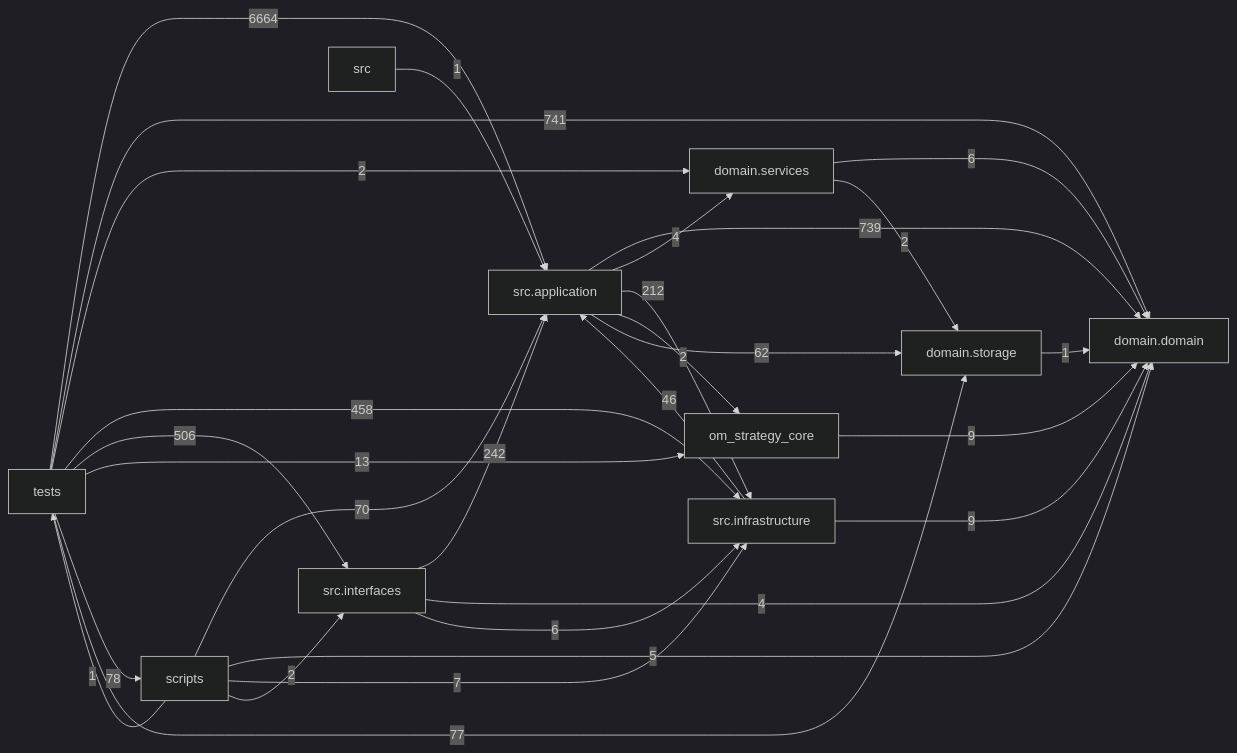
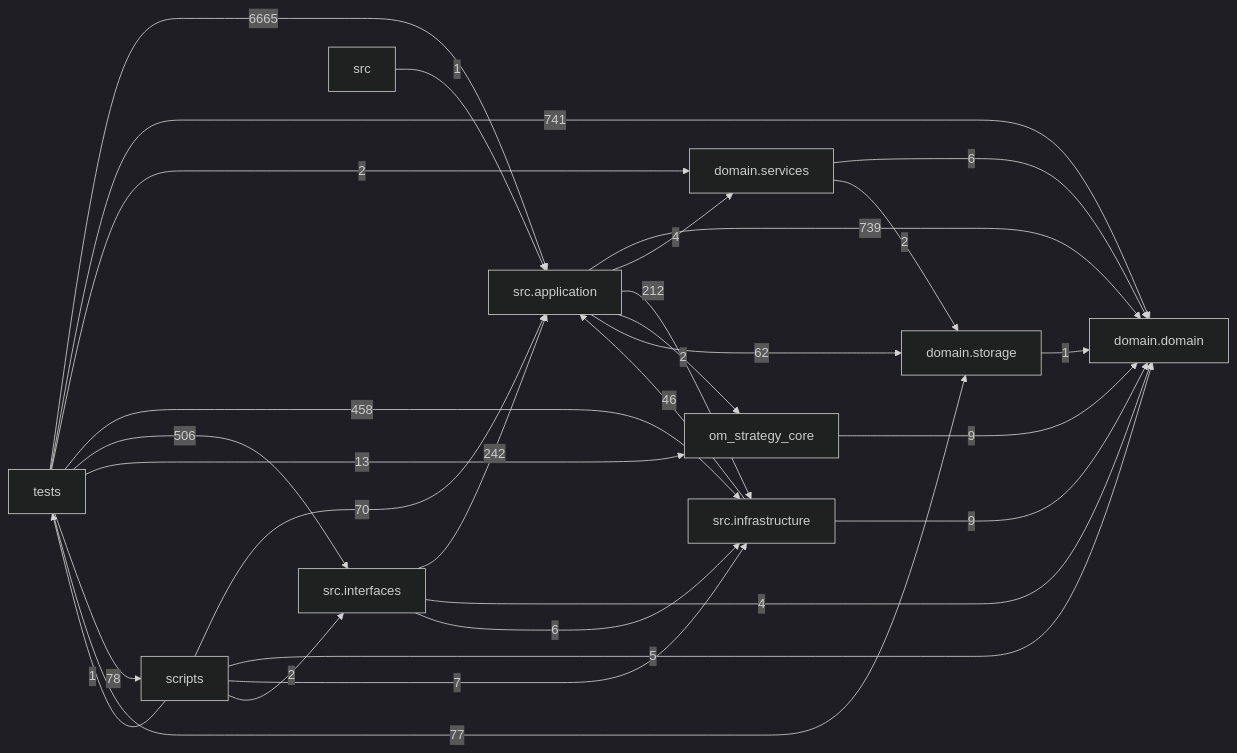
The diagram in docs/DEPENDENCY_GRAPH.md (liuxie066/options-monitor), drawn with Mermaid (dark theme) before and after one commit. The commit also changed other lines of this file and 1 other file, not shown here.

````diff
--- a/docs/DEPENDENCY_GRAPH.md
+++ b/docs/DEPENDENCY_GRAPH.md
@@ -24,39 +24,39 @@
 ```mermaid
 flowchart LR
   tests["tests"]
   scripts["scripts"]
   interfaces["src.interfaces"]
   application["src.application"]
   infrastructure["src.infrastructure"]
   domain_services["domain.services"]
   domain["domain.domain"]
   storage["domain.storage"]
   application -->|739| domain
   application -->|4| domain_services
   application -->|212| infrastructure
   application -->|2| om_strategy_core
   application -->|62| storage
   domain_services -->|6| domain
   domain_services -->|2| storage
   infrastructure -->|46| application
   infrastructure -->|9| domain
   interfaces -->|242| application
   interfaces -->|4| domain
   interfaces -->|6| infrastructure
   om_strategy_core -->|9| domain
   scripts -->|70| application
   scripts -->|5| domain
   scripts -->|7| infrastructure
   scripts -->|2| interfaces
   scripts -->|1| tests
   src -->|1| application
   storage -->|1| domain
-  tests -->|6664| application
+  tests -->|6665| application
   tests -->|741| domain
   tests -->|2| domain_services
   tests -->|458| infrastructure
   tests -->|506| interfaces
   tests -->|13| om_strategy_core
   tests -->|78| scripts
   tests -->|77| storage
 ```
````
